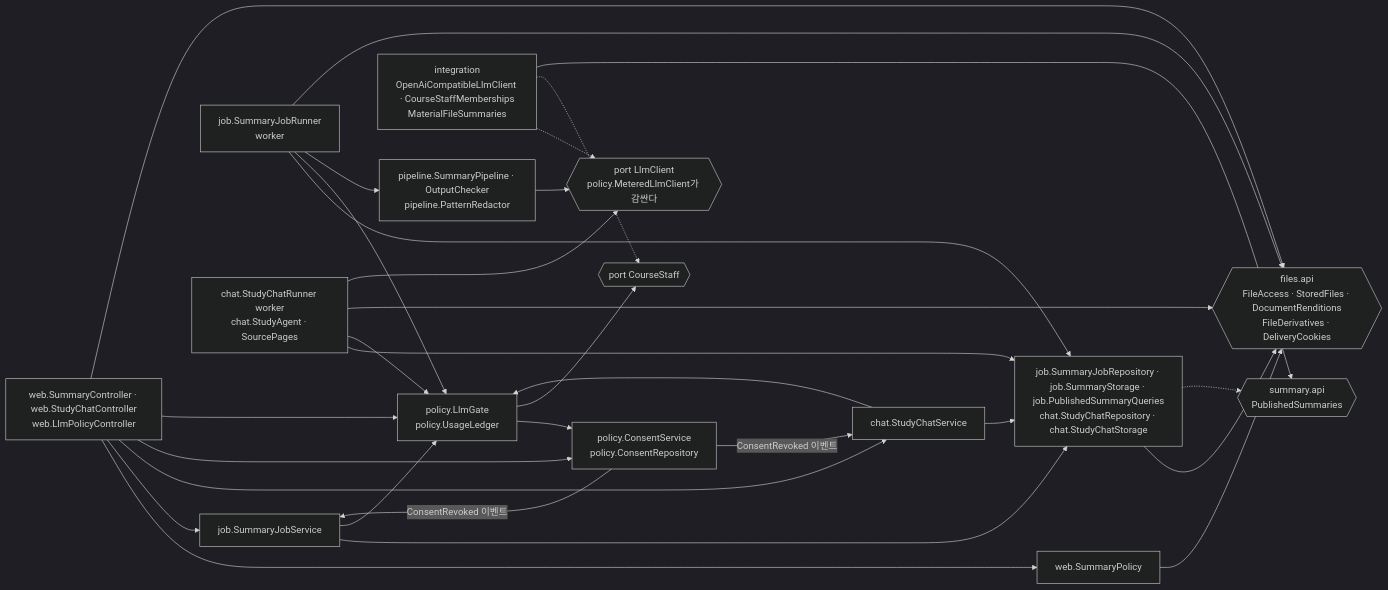
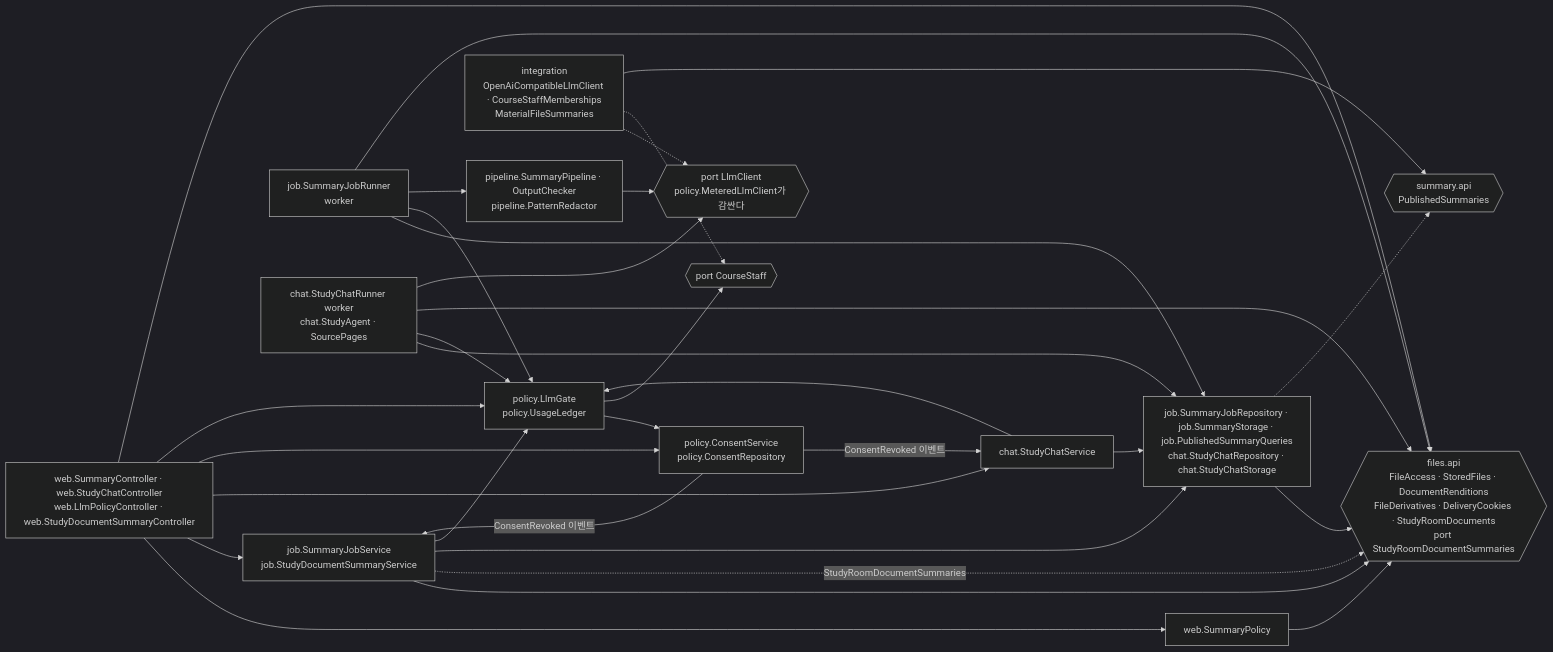
Before and after one commit to 2026ENDPoinT/team13: diagram 14 of 19 in backend/docs/c4.md, drawn with Mermaid (dark theme). The commit also changed other lines of this file and 1 other file, not shown here.

Commit message:
STAC-000 README와 c4.md를 학교 e-Class 연동, Hermes 운영 배포, LLM gateway, 학습실 기능에 맞춤

````diff
--- a/backend/docs/c4.md
+++ b/backend/docs/c4.md
@@ -530,30 +605,32 @@
 ```mermaid
 flowchart LR
-  WEB["web.SummaryController · web.StudyChatController<br/>web.LlmPolicyController"]
+  WEB["web.SummaryController · web.StudyChatController<br/>web.LlmPolicyController · web.StudyDocumentSummaryController"]
   POL["web.SummaryPolicy"]
-  JS["job.SummaryJobService"]
+  JS["job.SummaryJobService<br/>job.StudyDocumentSummaryService"]
   CS["chat.StudyChatService"]
   CON["policy.ConsentService<br/>policy.ConsentRepository"]
   GATE["policy.LlmGate<br/>policy.UsageLedger"]
   JR["job.SummaryJobRunner<br/>worker"]
   CR["chat.StudyChatRunner worker<br/>chat.StudyAgent · SourcePages"]
   PIPE["pipeline.SummaryPipeline · OutputChecker<br/>pipeline.PatternRedactor"]
   REPO["job.SummaryJobRepository · job.SummaryStorage · job.PublishedSummaryQueries<br/>chat.StudyChatRepository · chat.StudyChatStorage"]
   PUB{{"summary.api<br/>PublishedSummaries"}}
   LLM{{"port LlmClient<br/>policy.MeteredLlmClient가 감싼다"}}
   STAFF{{"port CourseStaff"}}
-  FAPI{{"files.api<br/>FileAccess · StoredFiles · DocumentRenditions<br/>FileDerivatives · DeliveryCookies"}}
+  FAPI{{"files.api<br/>FileAccess · StoredFiles · DocumentRenditions<br/>FileDerivatives · DeliveryCookies · StudyRoomDocuments<br/>port StudyRoomDocumentSummaries"}}
   INT["integration<br/>OpenAiCompatibleLlmClient · CourseStaffMemberships<br/>MaterialFileSummaries"]
   WEB --> POL & JS & CS & CON & GATE
+  JS --> FAPI
+  JS -.->|"StudyRoomDocumentSummaries"| FAPI
   WEB & POL --> FAPI
   JS & CS --> REPO & GATE
   CON -->|"ConsentRevoked 이벤트"| JS & CS
   GATE --> CON & STAFF
   JR --> REPO & GATE & PIPE & FAPI
   CR --> REPO & GATE & FAPI
   PIPE & CR --> LLM
   REPO --> FAPI
   REPO -.-> PUB
   INT -.-> LLM & STAFF
   INT --> PUB
 ```
````
